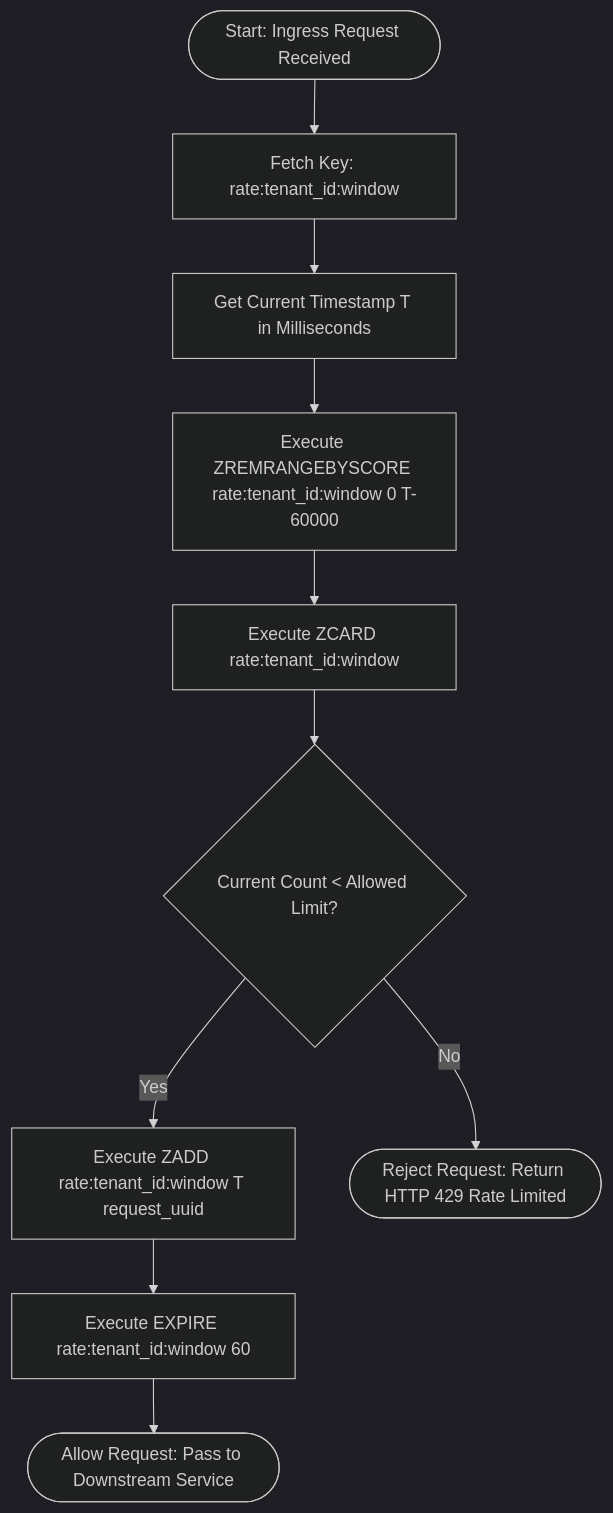
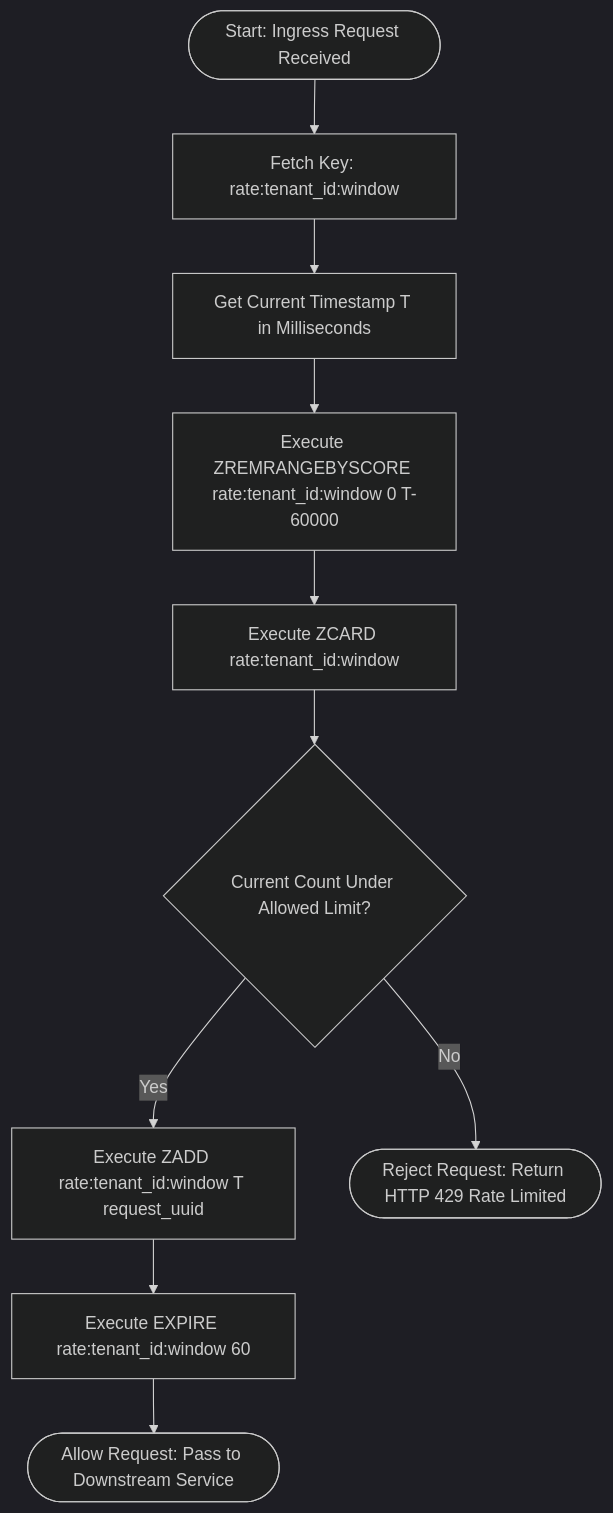
One commit to Chief-Strategist-J/llm-observability-platform changed the seventh of 9 diagrams in packages/configs/llm-obs-infra/docs/architectureDoc/low-level-design.md. Above: the diagram before and after it, drawn with Mermaid (dark theme). The commit also changed other lines of this file and 1 other file, not shown here.

Commit message:
fix(docs): resolve Mermaid syntax parse errors in HLD dotted arrows and LLD stateDiagram labels

````diff
--- a/packages/configs/llm-obs-infra/docs/architectureDoc/low-level-design.md
+++ b/packages/configs/llm-obs-infra/docs/architectureDoc/low-level-design.md
@@ -530,14 +530,14 @@
 ```mermaid
 flowchart TD
     Start([Start: Ingress Request Received]) --> ReadKey[Fetch Key: rate:tenant_id:window]
     ReadKey --> GetTime[Get Current Timestamp T in Milliseconds]
     GetTime --> TrimOld[Execute ZREMRANGEBYSCORE rate:tenant_id:window 0 T-60000]
     TrimOld --> CountReqs[Execute ZCARD rate:tenant_id:window]
-    CountReqs --> CheckLimit{Current Count < Allowed Limit?}
+    CountReqs --> CheckLimit{"Current Count Under Allowed Limit?"}
 
     CheckLimit -- Yes --> AddCurrent[Execute ZADD rate:tenant_id:window T request_uuid]
     AddCurrent --> SetTTL[Execute EXPIRE rate:tenant_id:window 60]
     SetTTL --> Pass([Allow Request: Pass to Downstream Service])
 
     CheckLimit -- No --> Reject([Reject Request: Return HTTP 429 Rate Limited])
 ```
````
